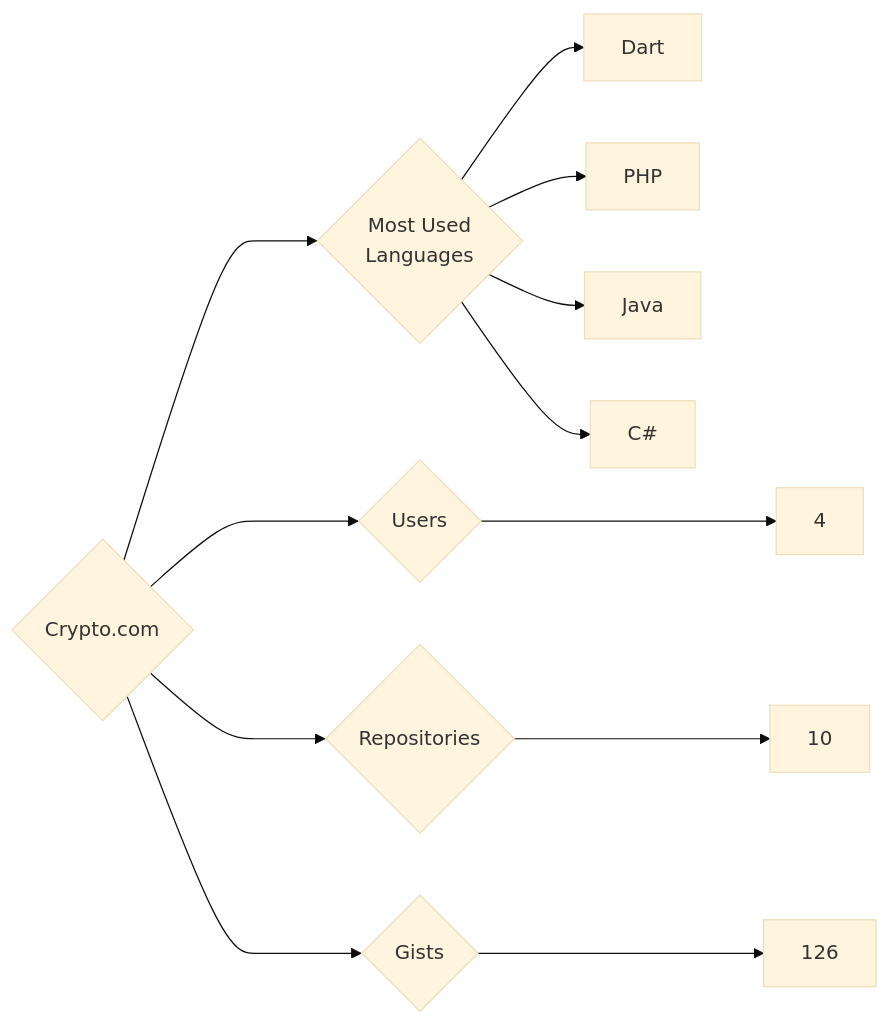
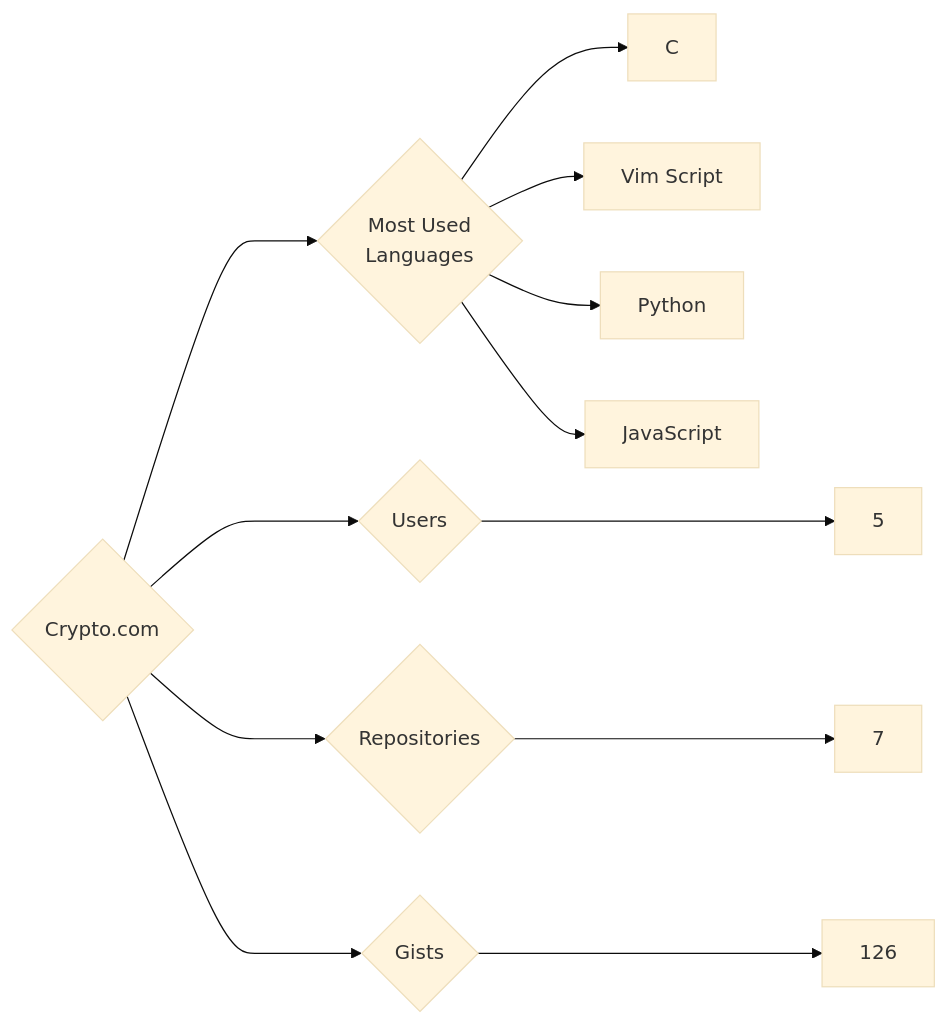
One commit to trickest/insiders changed the diagram in targets/Crypto.com/README.md. Above: the diagram before and after it, drawn with Mermaid (base theme). The commit also changed 942 other files, not shown here.

````diff
--- a/targets/Crypto.com/README.md
+++ b/targets/Crypto.com/README.md
@@ -3,12 +3,12 @@
 ```mermaid
 graph LR
 COMPANY_NAME{Crypto.com}
-COMPANY_NAME ---> U{Users} ---> UN[4]
-COMPANY_NAME ---> R{Repositories} ---> RN[10]
+COMPANY_NAME ---> U{Users} ---> UN[5]
+COMPANY_NAME ---> R{Repositories} ---> RN[7]
 COMPANY_NAME ---> G{Gists} ---> GN[126]
 COMPANY_NAME ---> ML{Most Used<br>Languages}
-ML --> Dart[Dart]
-ML --> PHP[PHP]
-ML --> Java[Java]
-ML --> C#[C#]
+ML --> C[C]
+ML --> Vim_Script[Vim Script]
+ML --> Python[Python]
+ML --> JavaScript[JavaScript]
 ```
````
